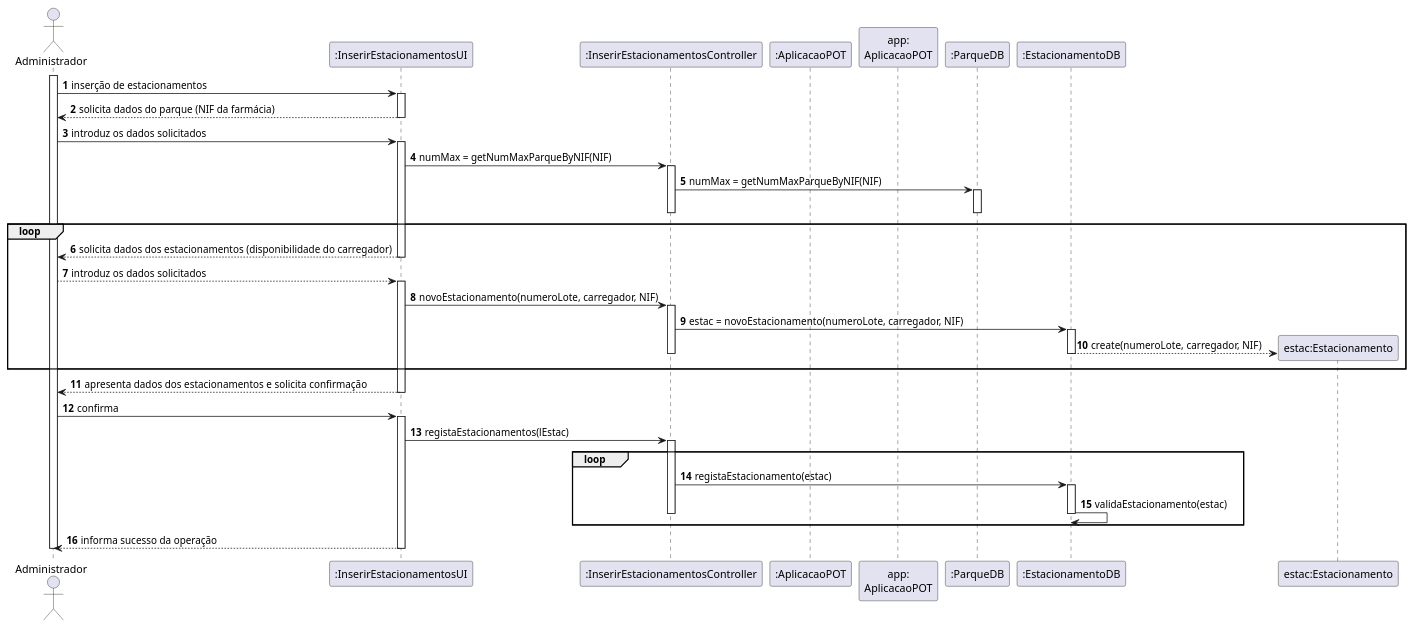
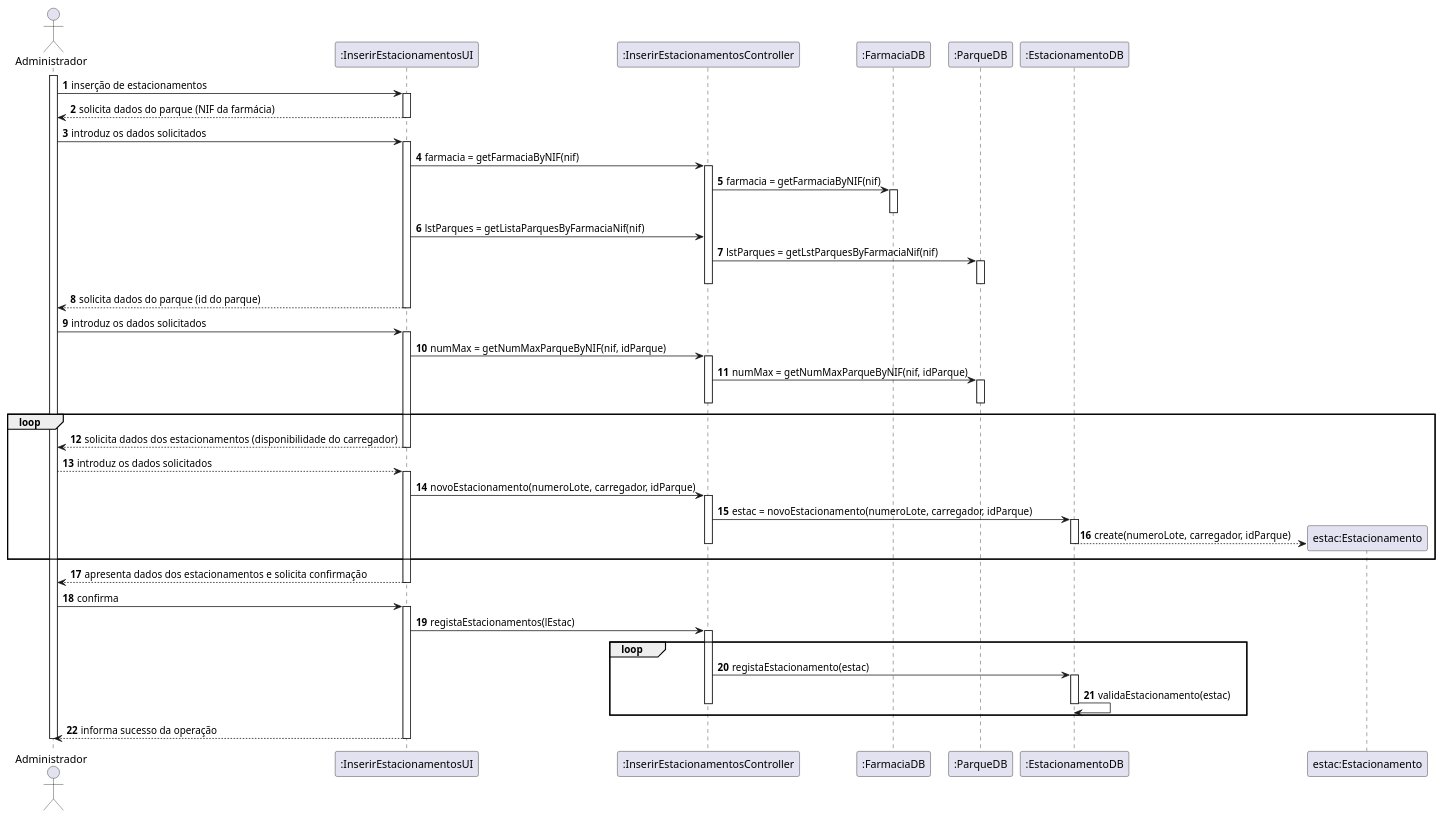
Before and after one commit to pedrolemos4/LAPR3: the diagram in docs/UC83/SD-INSERIR ESTACIONAMENTO.puml, drawn with PlantUML. The commit also changed 7 other files, not shown here.

```diff
--- a/docs/UC83/SD-INSERIR ESTACIONAMENTO.puml
+++ b/docs/UC83/SD-INSERIR ESTACIONAMENTO.puml
@@ -1,67 +1,83 @@
 @startuml
 autonumber
 
 actor "Administrador" as ADM
 participant ":InserirEstacionamentosUI" as UI
 participant ":InserirEstacionamentosController" as CTL
-participant ":AplicacaoPOT" as _APP
-participant "app:\nAplicacaoPOT" as APP
+participant ":FarmaciaDB" as FDB
 participant ":ParqueDB" as PDB
 participant ":EstacionamentoDB" as EDB
 participant "estac:Estacionamento" as ESTAC
 
 activate ADM
 ADM -> UI : inserção de estacionamentos
 activate UI
 UI --> ADM : solicita dados do parque (NIF da farmácia)
 deactivate UI
 
 ADM -> UI : introduz os dados solicitados
 
 activate UI
-UI -> CTL : numMax = getNumMaxParqueByNIF(NIF)
+UI -> CTL : farmacia = getFarmaciaByNIF(nif)
 activate CTL
-CTL -> PDB : numMax = getNumMaxParqueByNIF(NIF)
+CTL -> FDB : farmacia = getFarmaciaByNIF(nif)
+activate FDB
+deactivate FDB
+
+UI -> CTL : lstParques = getListaParquesByFarmaciaNif(nif)
+CTL -> PDB : lstParques = getLstParquesByFarmaciaNif(nif)
+activate PDB
+deactivate PDB
+deactivate CTL
+UI --> ADM : solicita dados do parque (id do parque)
+deactivate UI
+
+ADM -> UI : introduz os dados solicitados
+activate UI
+
+UI -> CTL : numMax = getNumMaxParqueByNIF(nif, idParque)
+activate CTL
+CTL -> PDB : numMax = getNumMaxParqueByNIF(nif, idParque)
 activate PDB
 deactivate PDB
 deactivate CTL
 
 loop
 UI --> ADM : solicita dados dos estacionamentos (disponibilidade do carregador)
 deactivate UI
 
 ADM --> UI : introduz os dados solicitados
 activate UI
 
-UI -> CTL : novoEstacionamento(numeroLote, carregador, NIF)
+UI -> CTL : novoEstacionamento(numeroLote, carregador, idParque)
 activate CTL
 
-CTL -> EDB: estac = novoEstacionamento(numeroLote, carregador, NIF)
+CTL -> EDB: estac = novoEstacionamento(numeroLote, carregador, idParque)
 activate EDB
 
-EDB --> ESTAC ** : create(numeroLote, carregador, NIF)
+EDB --> ESTAC ** : create(numeroLote, carregador, idParque)
 
 deactivate EDB
 deactivate CTL
 end
 
 UI --> ADM : apresenta dados dos estacionamentos e solicita confirmação
 deactivate UI
 ADM -> UI : confirma
 activate UI
 UI -> CTL : registaEstacionamentos(lEstac)
 
 loop
 activate CTL
 CTL -> EDB :registaEstacionamento(estac)
 activate EDB
 
 EDB -> EDB : validaEstacionamento(estac)
 deactivate EDB
 deactivate CTL
 end
 UI --> ADM: informa sucesso da operação
 
 deactivate UI
 deactivate ADM
 @enduml
```
